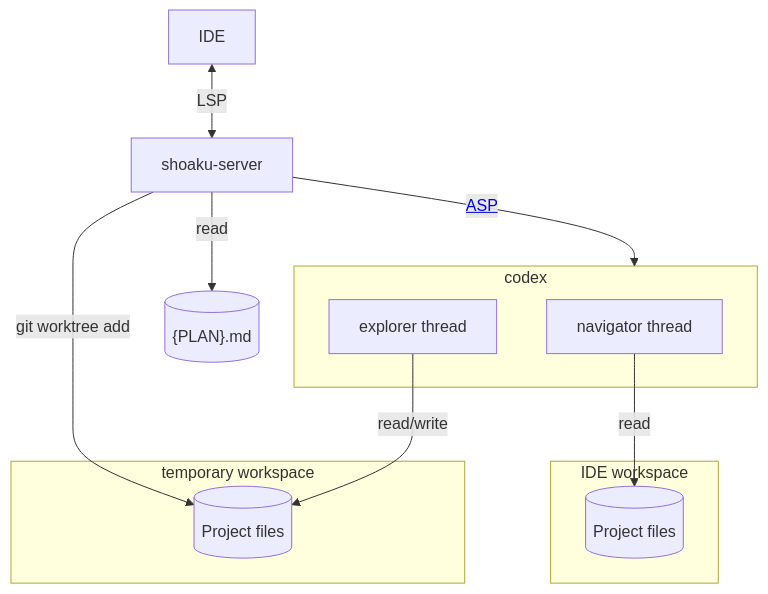
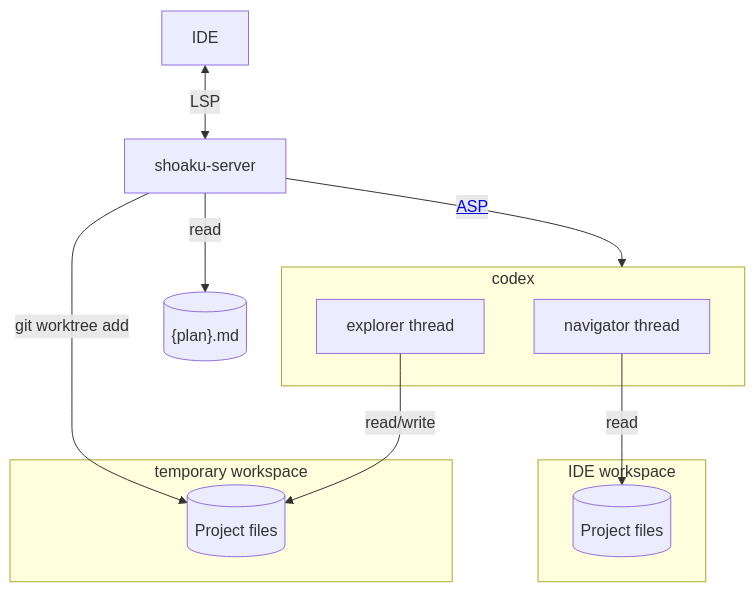
The diagram in docs/architecture.md (seachicken/intellij-shoaku), drawn with Mermaid before and after one commit.

Commit message:
Refactor

````diff
--- a/docs/architecture.md
+++ b/docs/architecture.md
@@ -3,19 +3,19 @@
 ```mermaid
 graph TD
   subgraph user_workspace["IDE workspace"]
     project-files[(Project files)]
   end
   subgraph sandbox_workspace["temporary workspace"]
     worktree-files[(Project files)]
   end
   subgraph codex
     navigator[navigator thread]
     explorer[explorer thread]
   end
 
-  shoaku-server -- read --> todo[("{PLAN}.md")]
+  shoaku-server -- read --> todo[("{plan}.md")]
   IDE <-- LSP --> shoaku-server -- <a href='https://github.com/openai/codex/blob/main/codex-rs/app-server/README.md'>ASP</a> --> codex
   shoaku-server -- "git worktree add" --> worktree-files
   navigator -- read --> project-files
   explorer -- read/write --> worktree-files
 ```
````
